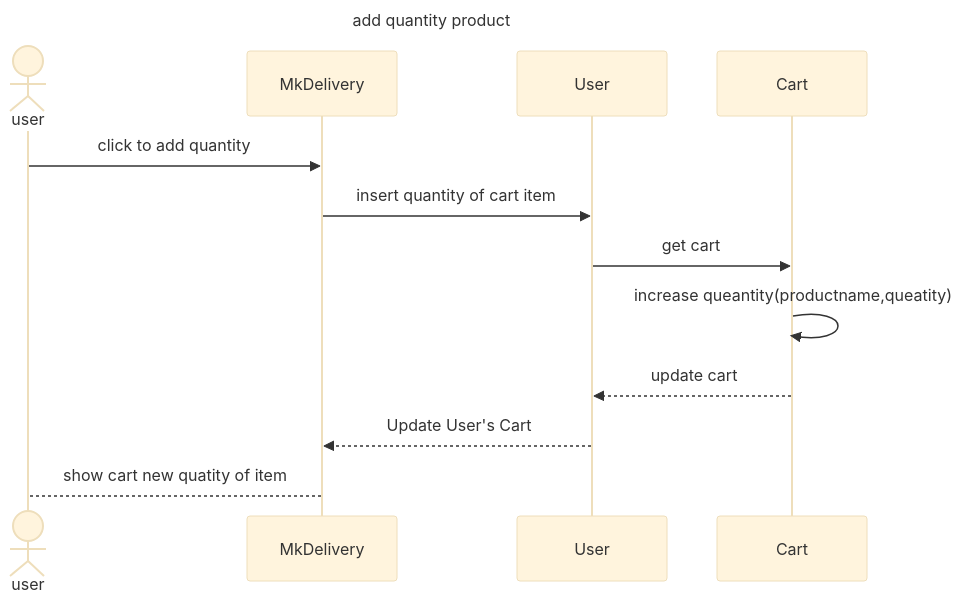
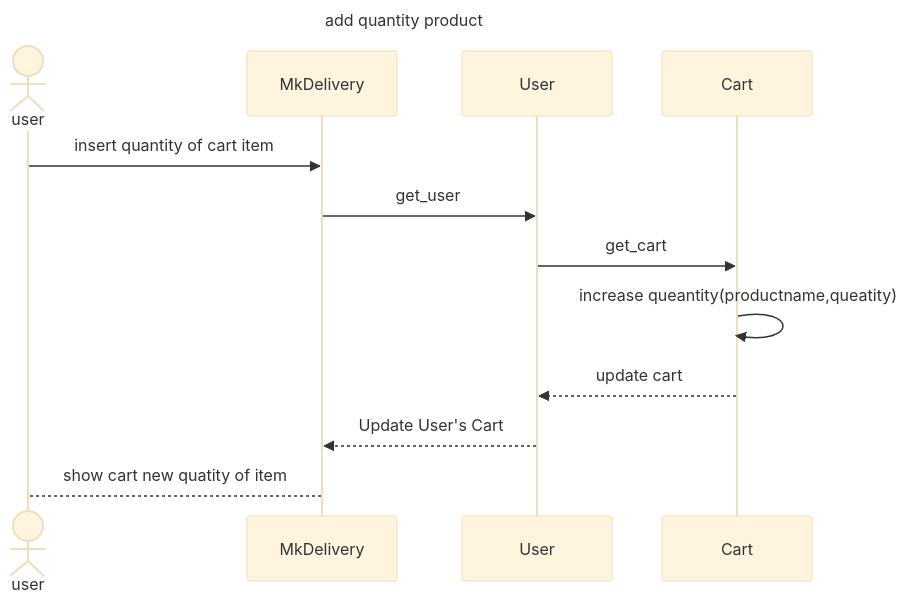
One commit to MxMhx/OOP_Project_MK_website changed the diagram in sequence_diag/cart/add quantity cartitem.mmd. Above: the diagram before and after it, drawn with Mermaid (base theme). The commit also changed 3 other files, not shown here.

```diff
--- a/sequence_diag/cart/add quantity cartitem.mmd
+++ b/sequence_diag/cart/add quantity cartitem.mmd
@@ -1,13 +1,13 @@
 sequenceDiagram
     title add quantity product
     actor user 
     participant MkDelivery
     participant User
     participant Cart 
-    user ->> MkDelivery:click to add quantity
-    MkDelivery ->> User :insert quantity of cart item
-    User ->> Cart : get cart 
+    user ->> MkDelivery:insert quantity of cart item
+    MkDelivery ->> User :get_user
+    User ->> Cart : get_cart 
     Cart ->> Cart : increase queantity(productname,queatity)
     Cart -->> User :update cart 
     User -->> MkDelivery: Update User's Cart
     MkDelivery --> user: show cart new quatity of item
```
